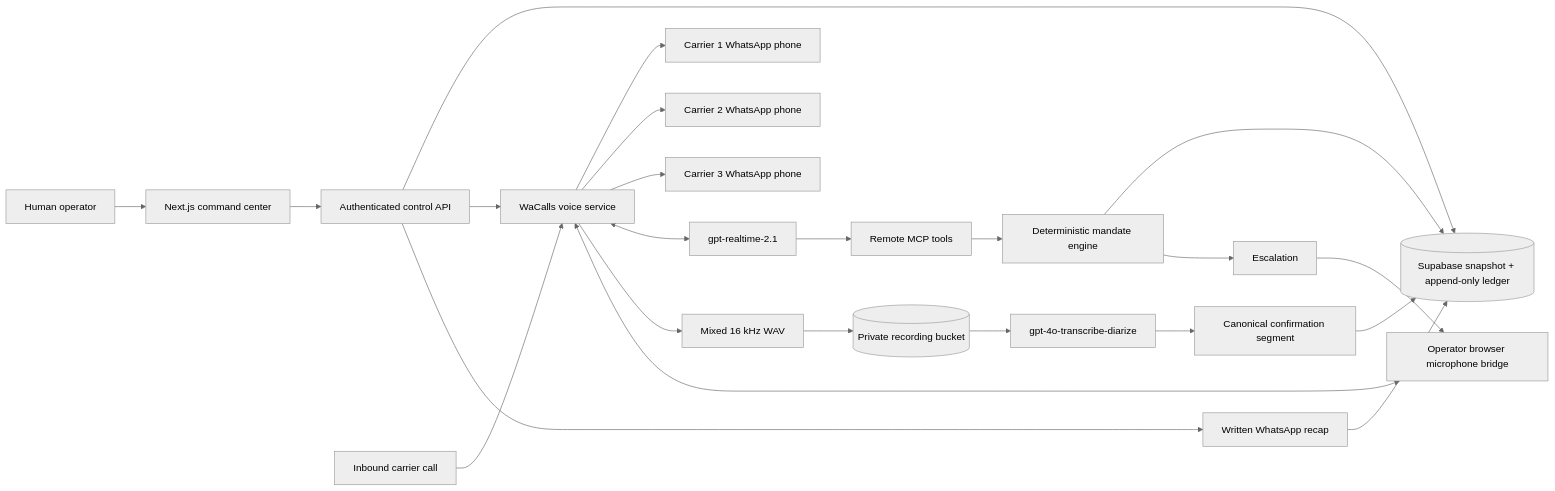
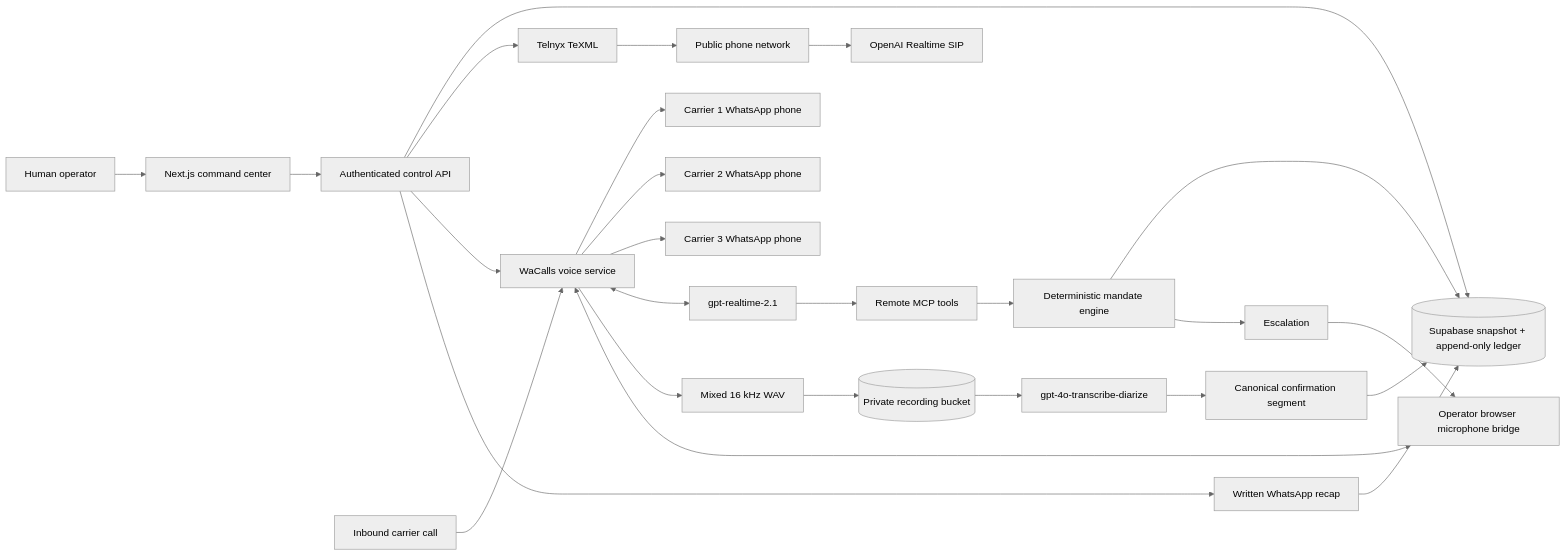
One commit to saraivabr/volta-hackathon changed the first of 2 diagrams in docs/ARCHITECTURE.md. Above: the diagram before and after it, drawn with Mermaid (neutral theme). The commit also changed other lines of this file and 6 other files, not shown here.

````diff
--- a/docs/ARCHITECTURE.md
+++ b/docs/ARCHITECTURE.md
@@ -3,25 +3,28 @@
 ```mermaid
 flowchart LR
   OP[Human operator] --> UI[Next.js command center]
   UI --> API[Authenticated control API]
   API --> STATE[(Supabase snapshot + append-only ledger)]
+  API --> TX[Telnyx TeXML]
+  TX --> PSTN[Public phone network]
+  PSTN --> SIP[OpenAI Realtime SIP]
   API --> WA[WaCalls voice service]
   WA --> C1[Carrier 1 WhatsApp phone]
   WA --> C2[Carrier 2 WhatsApp phone]
   WA --> C3[Carrier 3 WhatsApp phone]
   WA <--> RT[gpt-realtime-2.1]
   RT --> MCP[Remote MCP tools]
   MCP --> POLICY[Deterministic mandate engine]
   POLICY --> STATE
   WA --> WAV[Mixed 16 kHz WAV]
   WAV --> STORAGE[(Private recording bucket)]
   STORAGE --> ASR[gpt-4o-transcribe-diarize]
   ASR --> EVIDENCE[Canonical confirmation segment]
   EVIDENCE --> STATE
   API --> RECAP[Written WhatsApp recap]
   RECAP --> STATE
   CALLER[Inbound carrier call] --> WA
   POLICY --> ESC[Escalation]
   ESC --> BROWSER[Operator browser microphone bridge]
   BROWSER <--> WA
 ```
````
